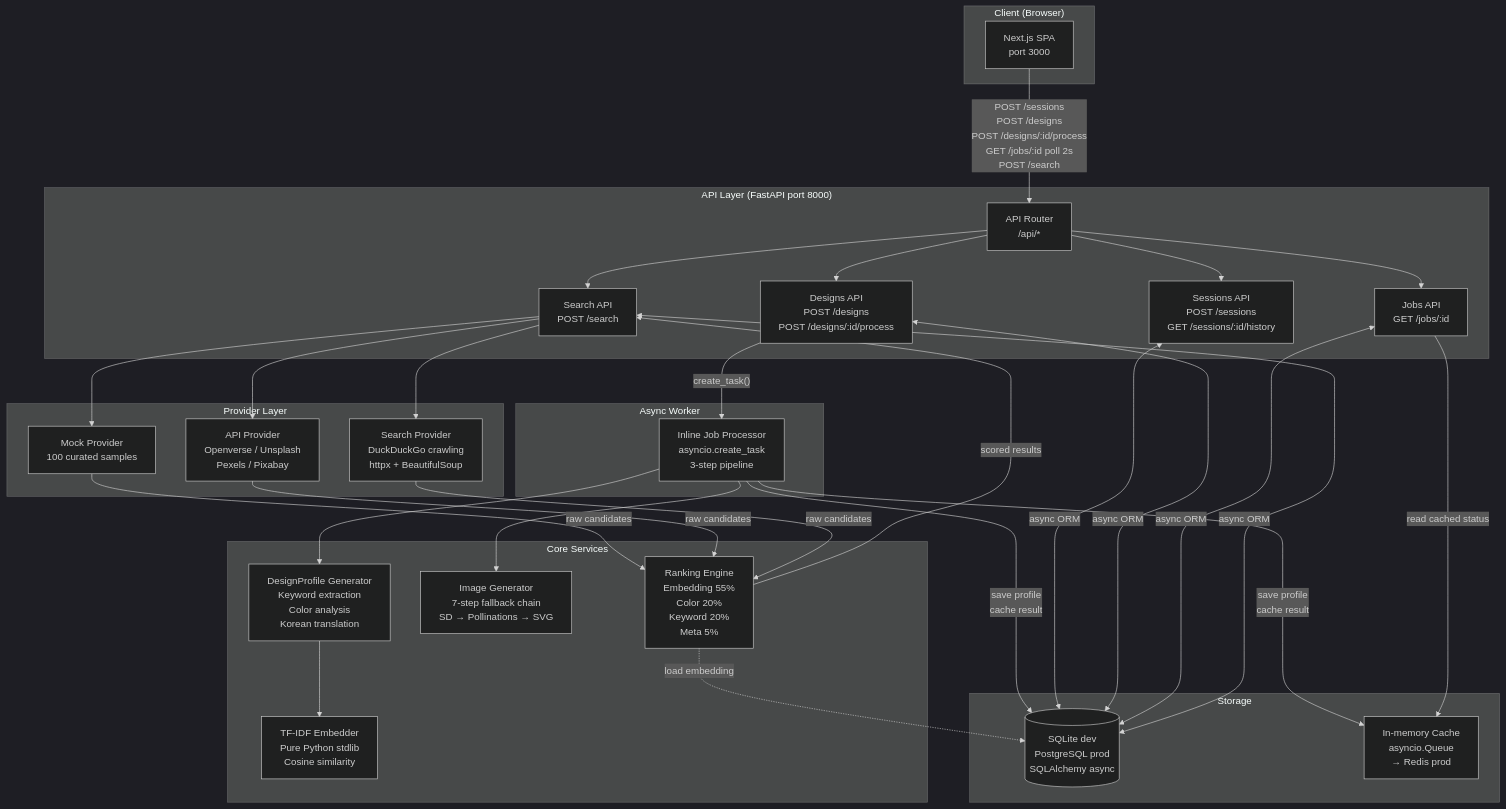
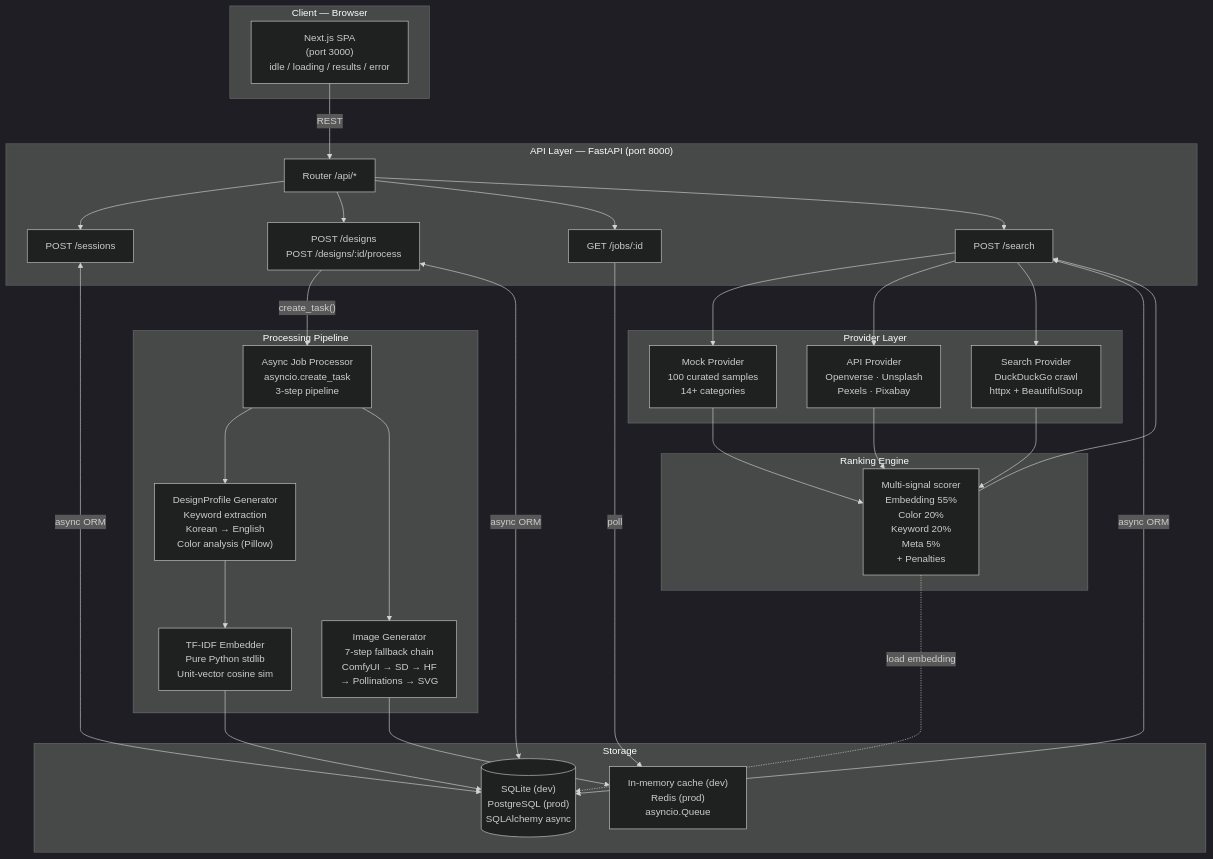
One commit to devbinlog/FMD changed the first of 2 diagrams in README.md. Above: the diagram before and after it, drawn with Mermaid (dark theme). The commit also changed other lines of this file, not shown here.

First line of the commit message:
docs: rewrite README as complete engineering design document

````diff
--- a/README.md
+++ b/README.md
@@ -31,49 +44,47 @@
 ```mermaid
 graph TD
-    subgraph Client ["Client (Browser)"]
-        UI["Next.js SPA\nport 3000"]
+    subgraph Client["Client — Browser"]
+        UI["Next.js SPA\n(port 3000)\nidle / loading / results / error"]
     end
 
-    subgraph API ["API Layer (FastAPI port 8000)"]
-        GW["API Router\n/api/*"]
-        SE["Sessions API\nPOST /sessions\nGET /sessions/:id/history"]
-        DE["Designs API\nPOST /designs\nPOST /designs/:id/process"]
-        JE["Jobs API\nGET /jobs/:id"]
-        SR["Search API\nPOST /search"]
+    subgraph APILayer["API Layer — FastAPI (port 8000)"]
+        GW["Router  /api/*"]
+        EP1["POST /sessions"]
+        EP2["POST /designs\nPOST /designs/:id/process"]
+        EP3["GET /jobs/:id"]
+        EP4["POST /search"]
     end
 
-    subgraph Core ["Core Services"]
-        PG["DesignProfile Generator\nKeyword extraction\nColor analysis\nKorean translation"]
-        IG["Image Generator\n7-step fallback chain\nSD → Pollinations → SVG"]
-        EM["TF-IDF Embedder\nPure Python stdlib\nCosine similarity"]
-        RK["Ranking Engine\nEmbedding 55%\nColor 20%\nKeyword 20%\nMeta 5%"]
+    subgraph Pipeline["Processing Pipeline"]
+        PG["DesignProfile Generator\nKeyword extraction\nKorean → English\nColor analysis (Pillow)"]
+        EM["TF-IDF Embedder\nPure Python stdlib\nUnit-vector cosine sim"]
+        IG["Image Generator\n7-step fallback chain\nComfyUI → SD → HF\n→ Pollinations → SVG"]
+        WK["Async Job Processor\nasyncio.create_task\n3-step pipeline"]
     end
 
-    subgraph Worker ["Async Worker"]
-        WK["Inline Job Processor\nasyncio.create_task\n3-step pipeline"]
+    subgraph Providers["Provider Layer"]
+        PR1["Mock Provider\n100 curated samples\n14+ categories"]
+        PR2["API Provider\nOpenverse · Unsplash\nPexels · Pixabay"]
+        PR3["Search Provider\nDuckDuckGo crawl\nhttpx + BeautifulSoup"]
     end
 
-    subgraph Providers ["Provider Layer"]
-        MP["Mock Provider\n100 curated samples"]
-        AP["API Provider\nOpenverse / Unsplash\nPexels / Pixabay"]
-        CP["Search Provider\nDuckDuckGo crawling\nhttpx + BeautifulSoup"]
+    subgraph Ranking["Ranking Engine"]
+        RK["Multi-signal scorer\nEmbedding  55%\nColor       20%\nKeyword     20%\nMeta         5%\n+ Penalties"]
     end
 
-    subgraph Storage ["Storage"]
-        DB[("SQLite dev\nPostgreSQL prod\nSQLAlchemy async")]
-        CH["In-memory Cache\nasyncio.Queue\n→ Redis prod"]
+    subgraph Storage["Storage"]
+        DB[("SQLite (dev)\nPostgreSQL (prod)\nSQLAlchemy async")]
+        CH["In-memory cache (dev)\nRedis (prod)\nasyncio.Queue"]
     end
 
-    UI -->|"POST /sessions\nPOST /designs\nPOST /designs/:id/process\nGET /jobs/:id poll 2s\nPOST /search"| GW
-    GW --> SE & DE & JE & SR
-    DE -->|"create_task()"| WK
-    WK --> PG --> EM
-    WK --> IG
-    WK -->|"save profile\ncache result"| DB & CH
-    JE -->|"read cached status"| CH
-    SR --> MP & AP & CP
-    MP & AP & CP -->|"raw candidates"| RK
-    RK -->|"scored results"| SR
+    UI -->|"REST"| GW
+    GW --> EP1 & EP2 & EP3 & EP4
+    EP2 -->|"create_task()"| WK
+    WK --> PG --> EM --> DB
+    WK --> IG --> CH
+    EP3 -->|"poll"| CH
+    EP4 --> PR1 & PR2 & PR3
+    PR1 & PR2 & PR3 --> RK --> EP4
     RK -.->|"load embedding"| DB
-    SE & DE & JE & SR <-->|"async ORM"| DB
+    EP1 & EP2 & EP4 <-->|"async ORM"| DB
 ```
````
